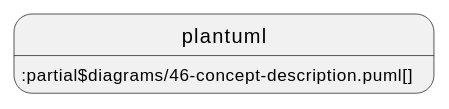
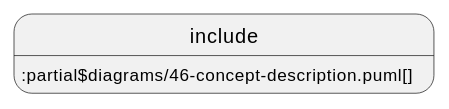
One commit to acplt/aas-specs changed the diagram in documentation/IDTA-01001/modules/ROOT/pages/spec-metamodel/concept-description.adoc. Above: the diagram before and after it, drawn with PlantUML. The commit also changed 14 other files, not shown here.

First line of the commit message:
Revert "Use plantuml instead of include and test ./"

```diff
--- a/documentation/IDTA-01001/modules/ROOT/pages/spec-metamodel/concept-description.adoc
+++ b/documentation/IDTA-01001/modules/ROOT/pages/spec-metamodel/concept-description.adoc
@@ -18,4 +18,4 @@
 [plantuml, 46-concept-description, svg]
 ....
-plantuml::partial$diagrams/46-concept-description.puml[]
+include::partial$diagrams/46-concept-description.puml[]
 ....
```
